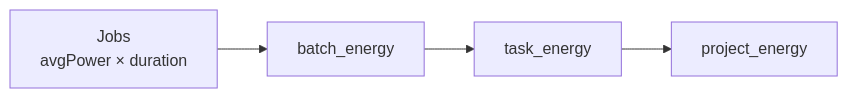
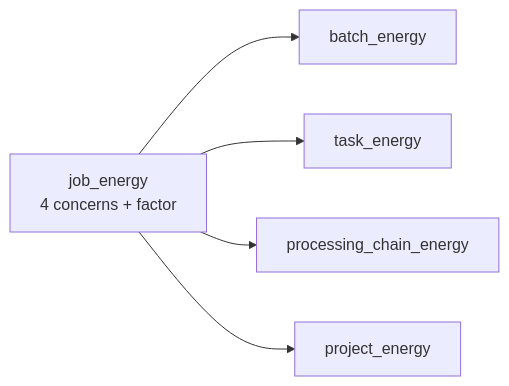
Before and after one commit to acri-st/DPMC_core: the second of 2 diagrams in apps/docs/docs/architecture/carbon-footprint.mdx, drawn with Mermaid. The commit also changed other lines of this file and 2335 other files, not shown here.

````diff
--- a/apps/docs/docs/architecture/carbon-footprint.mdx
+++ b/apps/docs/docs/architecture/carbon-footprint.mdx
@@ -30,6 +110,7 @@
 ```mermaid
 flowchart LR
-    Job[Jobs<br/>avgPower × duration] --> BE[batch_energy]
-    BE --> TE[task_energy]
-    TE --> PE[project_energy]
+    JE[job_energy<br/>4 concerns + factor] --> BE[batch_energy]
+    JE --> TE[task_energy]
+    JE --> CE[processing_chain_energy]
+    JE --> PE[project_energy]
 ```
````
